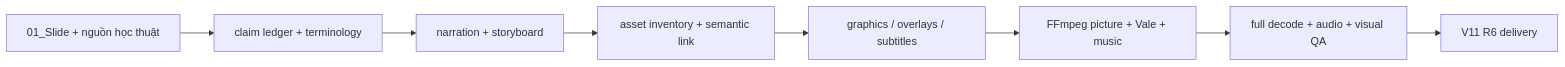
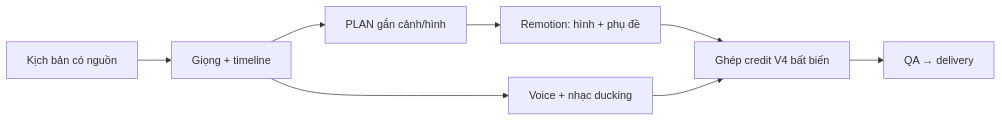
The diagram in README.md (thang-uit/ph2001-nhom14-feenberg-documentary), drawn with Mermaid before and after one commit. The commit also changed other lines of this file and 401 other files, not shown here.

````diff
--- a/README.md
+++ b/README.md
@@ -72,10 +124,10 @@
 ```mermaid
 flowchart LR
-  A[01_Slide + nguồn học thuật] --> B[claim ledger + terminology]
-  B --> C[narration + storyboard]
-  C --> D[asset inventory + semantic link]
-  D --> E[graphics / overlays / subtitles]
-  E --> F[FFmpeg picture + Vale + music]
-  F --> G[full decode + audio + visual QA]
-  G --> H[V11 R6 delivery]
+    A["Kịch bản có nguồn"] --> B["Giọng + timeline"]
+    B --> C["PLAN gắn cảnh/hình"]
+    C --> D["Remotion: hình + phụ đề"]
+    B --> E["Voice + nhạc ducking"]
+    D --> F["Ghép credit V4 bất biến"]
+    E --> F
+    F --> G["QA → delivery"]
 ```
````
